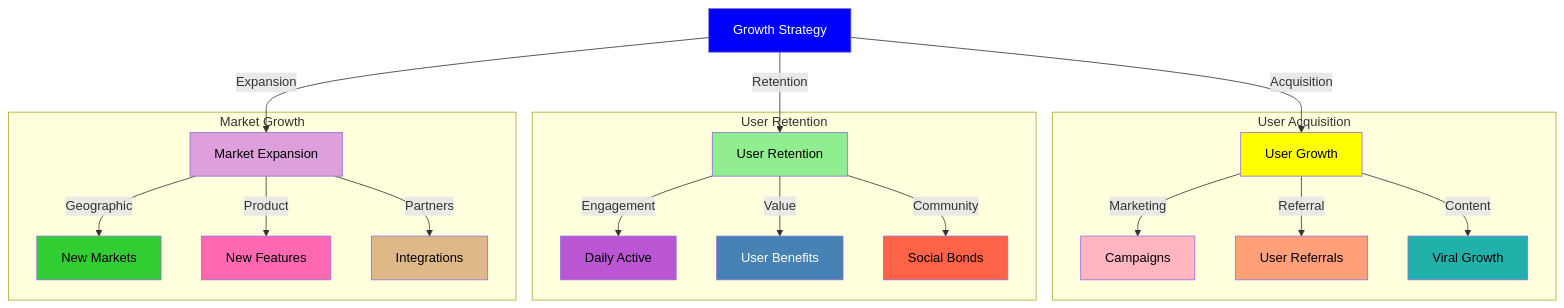
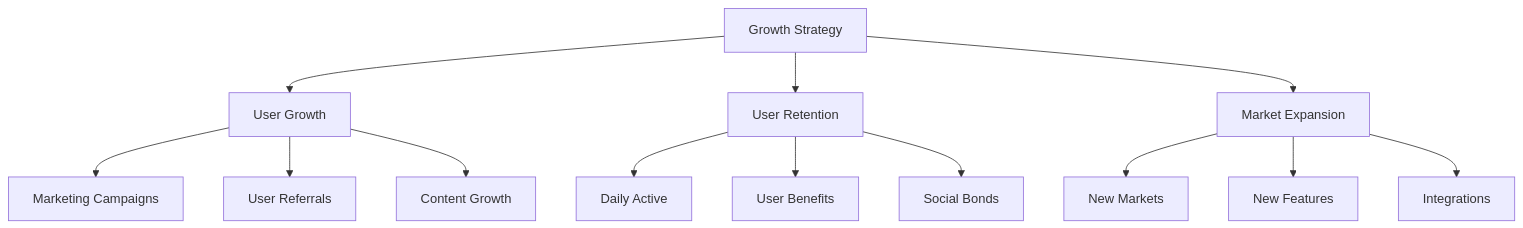
Before and after one commit to MEMEFANS/memefans: the third of 7 diagrams in docs/whitepaper/business-model.md, drawn with Mermaid. The commit also changed other lines of this file, not shown here.

Commit message:
fix: optimize business model flowcharts format

````diff
--- a/docs/whitepaper/business-model.md
+++ b/docs/whitepaper/business-model.md
@@ -87,38 +47,18 @@
-<div class="mermaid">
+```mermaid
 graph TD
-    A[Growth Strategy] -->|Acquisition| B[User Growth]
-    A -->|Retention| C[User Retention]
-    A -->|Expansion| D[Market Expansion]
+    A[Growth Strategy] --> B[User Growth]
+    A --> C[User Retention]
+    A --> D[Market Expansion]
     
-    subgraph User Acquisition
-    B -->|Marketing| E[Campaigns]
-    B -->|Referral| F[User Referrals]
-    B -->|Content| G[Viral Growth]
-    end
+    B --> B1[Marketing Campaigns]
+    B --> B2[User Referrals]
+    B --> B3[Content Growth]
     
-    subgraph User Retention
-    C -->|Engagement| H[Daily Active]
-    C -->|Value| I[User Benefits]
-    C -->|Community| J[Social Bonds]
-    end
+    C --> C1[Daily Active]
+    C --> C2[User Benefits]
+    C --> C3[Social Bonds]
     
-    subgraph Market Growth
-    D -->|Geographic| K[New Markets]
-    D -->|Product| L[New Features]
-    D -->|Partners| M[Integrations]
-    end
-    
-    style A fill:#0000FF,color:#FFFFFF
-    style B fill:#FFFF00,color:#000000
-    style C fill:#90EE90,color:#000000
-    style D fill:#DDA0DD,color:#000000
-    style E fill:#FFB6C1,color:#000000
-    style F fill:#FFA07A,color:#000000
-    style G fill:#20B2AA,color:#000000
-    style H fill:#BA55D3,color:#000000
-    style I fill:#4682B4,color:#FFFFFF
-    style J fill:#FF6347,color:#000000
-    style K fill:#32CD32,color:#000000
-    style L fill:#FF69B4,color:#000000
-    style M fill:#DEB887,color:#000000
-</div>
+    D --> D1[New Markets]
+    D --> D2[New Features]
+    D --> D3[Integrations]
+```
````
